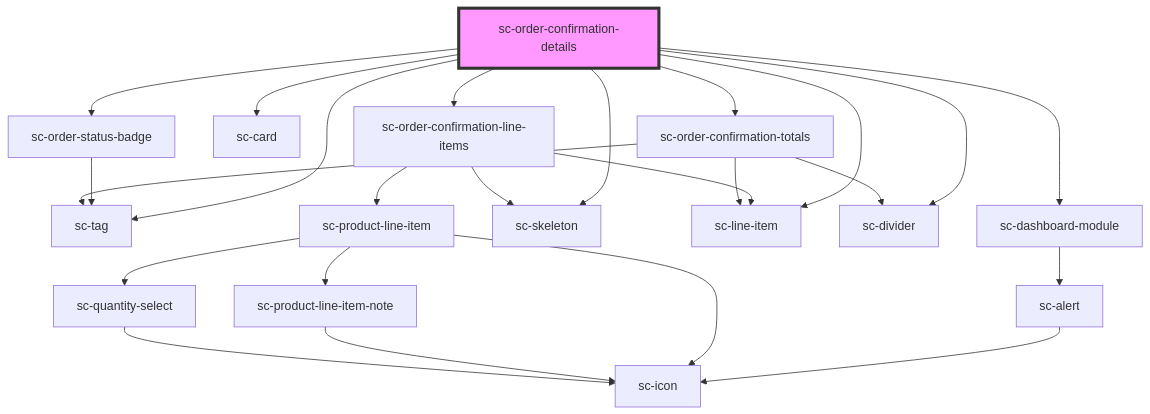
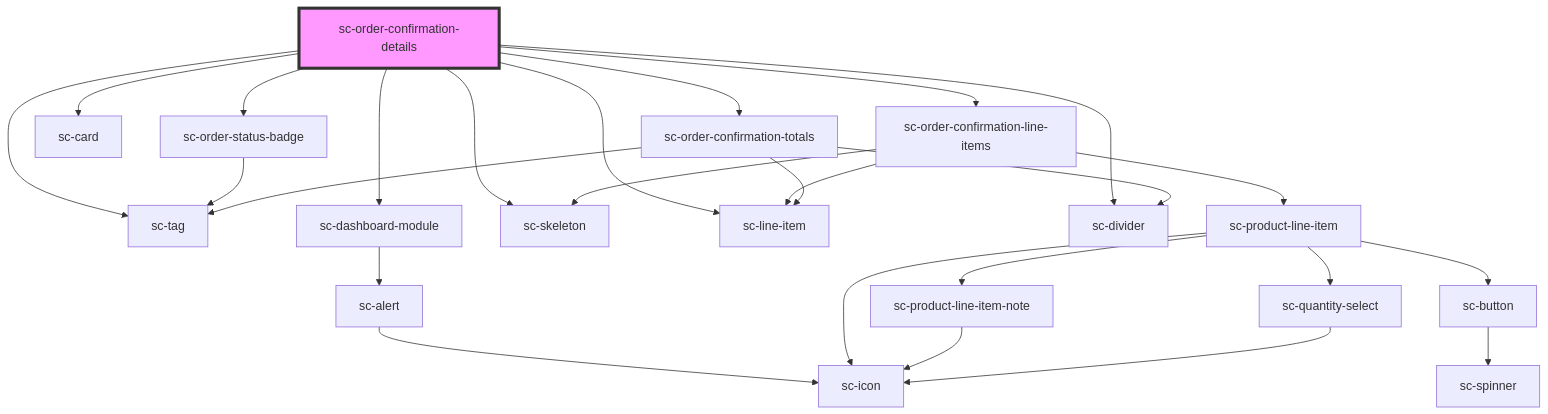
Before and after one commit to surecart/surecart-wp-plugin: the diagram in packages/components/src/components/controllers/confirmation/order-confirmation-details/readme.md, drawn with Mermaid. The commit also changed 10 other files, not shown here.

Commit message:
Update language files and component documentation to include new button and spinner elements in product line items

````diff
--- a/packages/components/src/components/controllers/confirmation/order-confirmation-details/readme.md
+++ b/packages/components/src/components/controllers/confirmation/order-confirmation-details/readme.md
@@ -31,27 +31,29 @@
 ```mermaid
 graph TD;
   sc-order-confirmation-details --> sc-tag
   sc-order-confirmation-details --> sc-order-status-badge
   sc-order-confirmation-details --> sc-dashboard-module
   sc-order-confirmation-details --> sc-skeleton
   sc-order-confirmation-details --> sc-card
   sc-order-confirmation-details --> sc-line-item
   sc-order-confirmation-details --> sc-divider
   sc-order-confirmation-details --> sc-order-confirmation-line-items
   sc-order-confirmation-details --> sc-order-confirmation-totals
   sc-order-status-badge --> sc-tag
   sc-dashboard-module --> sc-alert
   sc-alert --> sc-icon
   sc-order-confirmation-line-items --> sc-line-item
   sc-order-confirmation-line-items --> sc-skeleton
   sc-order-confirmation-line-items --> sc-product-line-item
   sc-product-line-item --> sc-product-line-item-note
   sc-product-line-item --> sc-quantity-select
+  sc-product-line-item --> sc-button
   sc-product-line-item --> sc-icon
   sc-product-line-item-note --> sc-icon
   sc-quantity-select --> sc-icon
+  sc-button --> sc-spinner
   sc-order-confirmation-totals --> sc-line-item
   sc-order-confirmation-totals --> sc-tag
   sc-order-confirmation-totals --> sc-divider
   style sc-order-confirmation-details fill:#f9f,stroke:#333,stroke-width:4px
 ```
````
